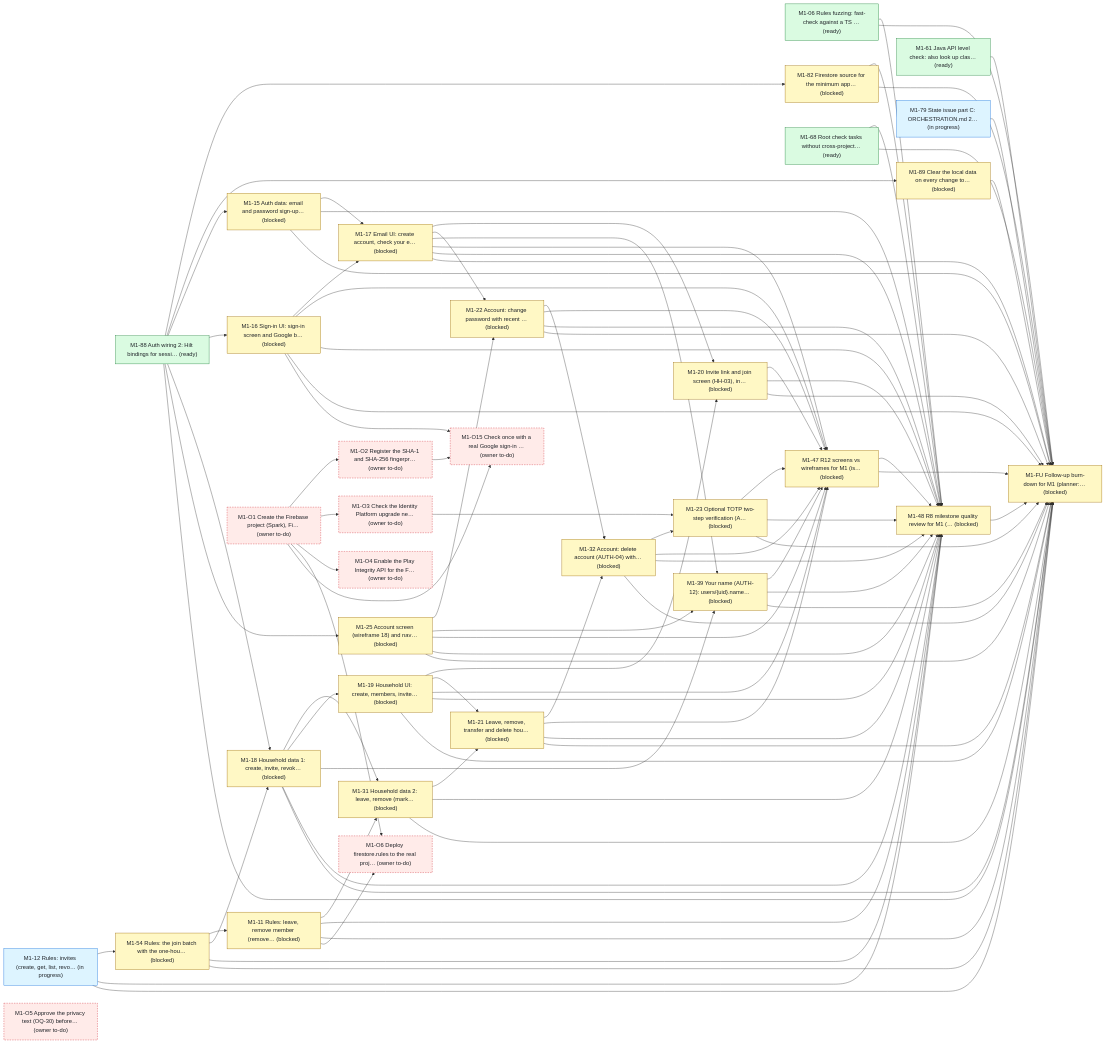
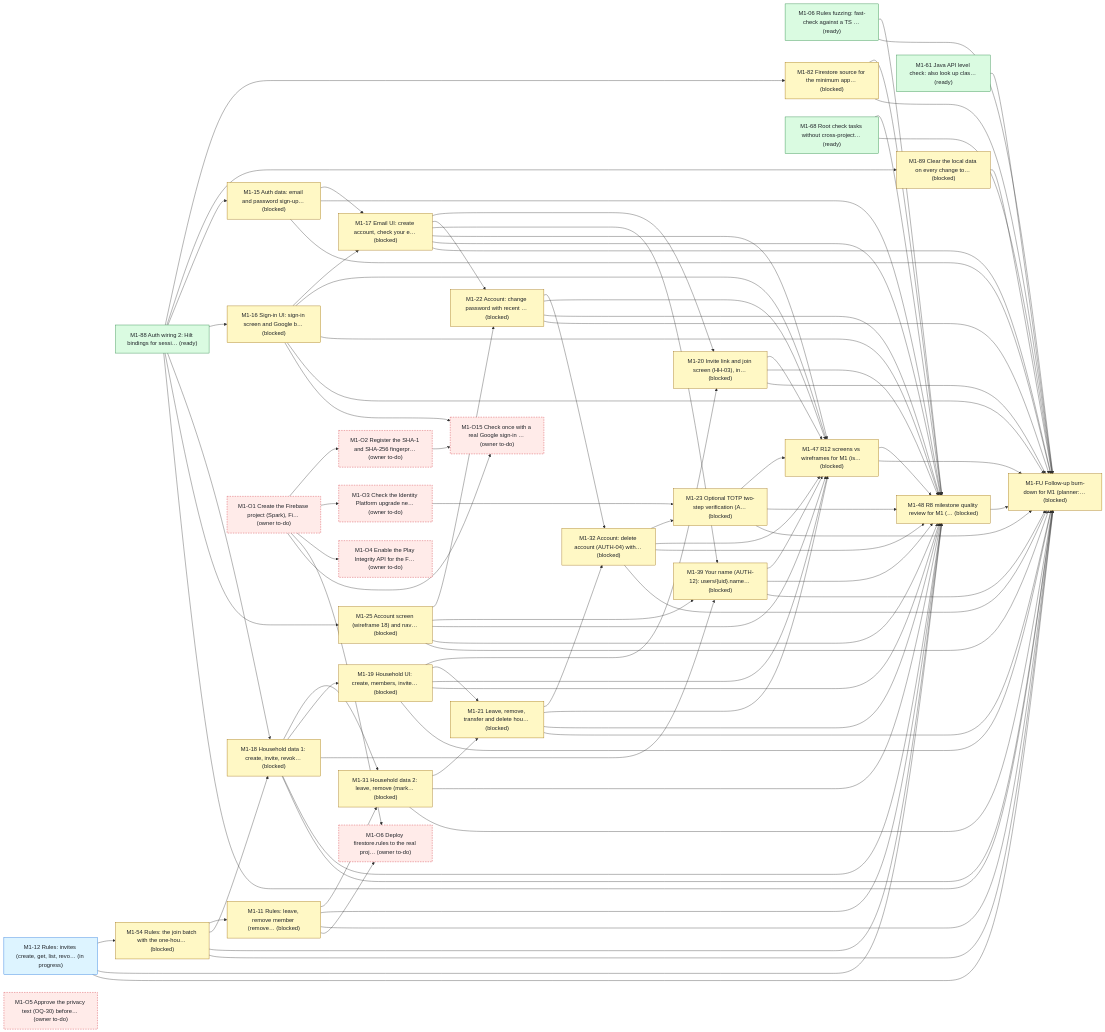
Before and after one commit to bondo/listicles2: the first of 3 diagrams in status.md, drawn with Mermaid. The commit also changed other lines of this file and 3 other files, not shown here.

```diff
--- a/status.md
+++ b/status.md
@@ -251,15 +251,14 @@
     n21["M1-68 Root check tasks without cross-project… (ready)"]:::ready
     n22["M1-47 R12 screens vs wireframes for M1 (is… (blocked)"]:::blocked
     n23["M1-48 R8 milestone quality review for M1 (… (blocked)"]:::blocked
-    n24["M1-79 State issue part C: ORCHESTRATION.md 2… (in progress)"]:::progress
-    n25["M1-FU Follow-up burn-down for M1 (planner:… (blocked)"]:::blocked
-    n26["M1-O1 Create the Firebase project (Spark), Fi… (owner to-do)"]:::owner
-    n27["M1-O2 Register the SHA-1 and SHA-256 fingerpr… (owner to-do)"]:::owner
-    n28["M1-O3 Check the Identity Platform upgrade ne… (owner to-do)"]:::owner
-    n29["M1-O4 Enable the Play Integrity API for the F… (owner to-do)"]:::owner
-    n30["M1-O5 Approve the privacy text (OQ-30) before… (owner to-do)"]:::owner
-    n31["M1-O6 Deploy firestore.rules to the real proj… (owner to-do)"]:::owner
-    n32["M1-O15 Check once with a real Google sign-in … (owner to-do)"]:::owner
+    n24["M1-FU Follow-up burn-down for M1 (planner:… (blocked)"]:::blocked
+    n25["M1-O1 Create the Firebase project (Spark), Fi… (owner to-do)"]:::owner
+    n26["M1-O2 Register the SHA-1 and SHA-256 fingerpr… (owner to-do)"]:::owner
+    n27["M1-O3 Check the Identity Platform upgrade ne… (owner to-do)"]:::owner
+    n28["M1-O4 Enable the Play Integrity API for the F… (owner to-do)"]:::owner
+    n29["M1-O5 Approve the privacy text (OQ-30) before… (owner to-do)"]:::owner
+    n30["M1-O6 Deploy firestore.rules to the real proj… (owner to-do)"]:::owner
+    n31["M1-O15 Check once with a real Google sign-in … (owner to-do)"]:::owner
     n18 --> n1
     n4 --> n3
     n4 --> n5
@@ -281,7 +280,7 @@
     n14 --> n15
     n13 --> n15
     n15 --> n16
-    n28 --> n16
+    n27 --> n16
     n4 --> n17
     n2 --> n18
     n9 --> n20
@@ -317,39 +316,38 @@
     n18 --> n23
     n21 --> n23
     n3 --> n23
-    n4 --> n25
-    n5 --> n25
-    n0 --> n25
-    n1 --> n25
-    n2 --> n25
-    n6 --> n25
-    n7 --> n25
-    n8 --> n25
-    n9 --> n25
-    n11 --> n25
-    n12 --> n25
-    n13 --> n25
-    n14 --> n25
-    n16 --> n25
-    n17 --> n25
-    n10 --> n25
-    n15 --> n25
-    n20 --> n25
-    n22 --> n25
-    n23 --> n25
-    n18 --> n25
-    n19 --> n25
-    n21 --> n25
-    n24 --> n25
-    n3 --> n25
-    n26 --> n27
-    n26 --> n28
-    n26 --> n29
+    n4 --> n24
+    n5 --> n24
+    n0 --> n24
+    n1 --> n24
+    n2 --> n24
+    n6 --> n24
+    n7 --> n24
+    n8 --> n24
+    n9 --> n24
+    n11 --> n24
+    n12 --> n24
+    n13 --> n24
+    n14 --> n24
+    n16 --> n24
+    n17 --> n24
+    n10 --> n24
+    n15 --> n24
+    n20 --> n24
+    n22 --> n24
+    n23 --> n24
+    n18 --> n24
+    n19 --> n24
+    n21 --> n24
+    n3 --> n24
+    n25 --> n26
+    n25 --> n27
+    n25 --> n28
+    n25 --> n30
+    n1 --> n30
+    n25 --> n31
     n26 --> n31
-    n1 --> n31
-    n26 --> n32
-    n27 --> n32
-    n7 --> n32
+    n7 --> n31
     classDef ready fill:#dafbe1,stroke:#1a7f37,color:#1f2328
     classDef progress fill:#ddf4ff,stroke:#0969da,color:#1f2328
     classDef blocked fill:#fff8c5,stroke:#9a6700,color:#1f2328
```
